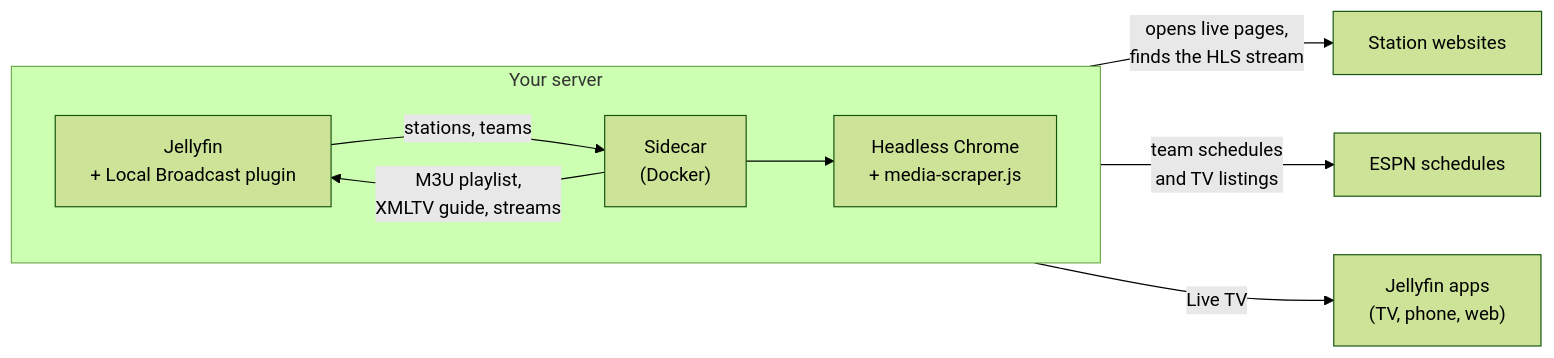
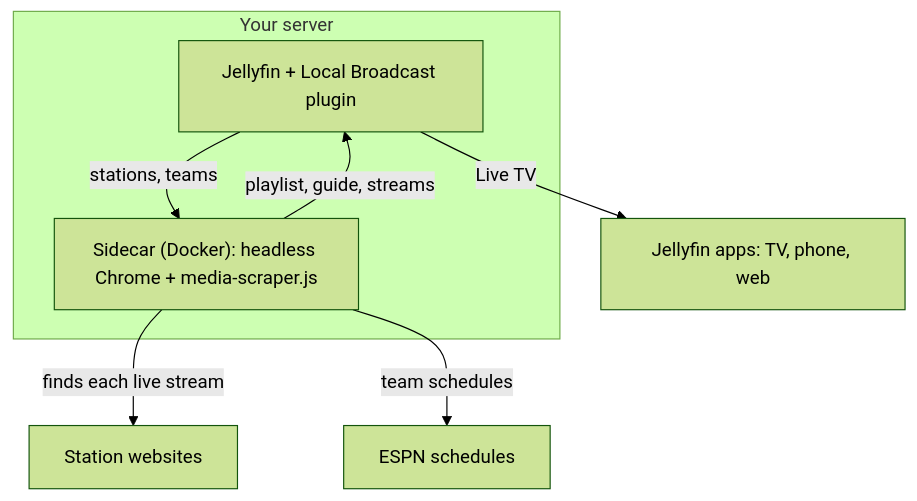
One commit to baverrr/media-scraper changed the first of 2 diagrams in README.md. Above: the diagram before and after it, drawn with Mermaid (forest theme).

Commit message:
README: draw the architecture diagram top-down

````diff
--- a/README.md
+++ b/README.md
@@ -33,18 +33,15 @@
 ```mermaid
-flowchart LR
+flowchart TB
+    C["Jellyfin apps: TV, phone, web"]
     subgraph server["Your server"]
-        direction LR
-        J["Jellyfin<br/>+ Local Broadcast plugin"]
-        S["Sidecar<br/>(Docker)"]
-        B["Headless Chrome<br/>+ media-scraper.js"]
+        J["Jellyfin + Local Broadcast plugin"]
+        S["Sidecar (Docker): headless Chrome + media-scraper.js"]
     end
     W["Station websites"]
     E["ESPN schedules"]
-    C["Jellyfin apps<br/>(TV, phone, web)"]
-
+    J -- "Live TV" --> C
     J -- "stations, teams" --> S
-    S -- "M3U playlist,<br/>XMLTV guide, streams" --> J
-    S --> B -- "opens live pages,<br/>finds the HLS stream" --> W
-    S -- "team schedules<br/>and TV listings" --> E
-    J -- "Live TV" --> C
+    S -- "playlist, guide, streams" --> J
+    S -- "finds each live stream" --> W
+    S -- "team schedules" --> E
 ```
````
